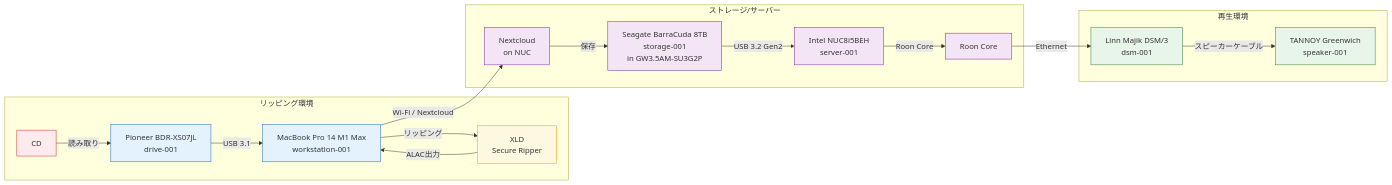
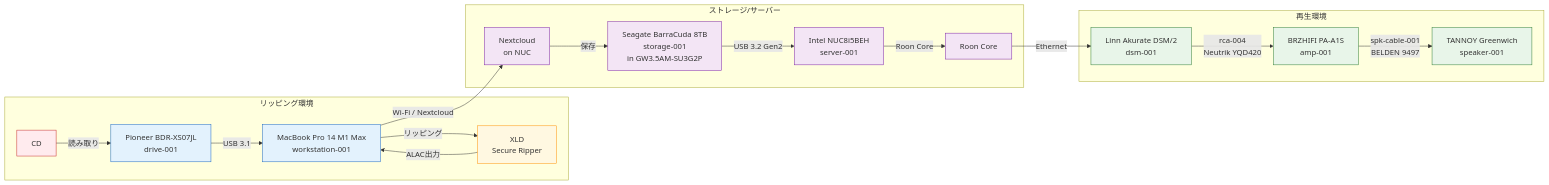
One commit to tamatebox/audio-infra changed the diagram in topology/ripping_workflow.mmd. Above: the diagram before and after it, drawn with Mermaid. The commit also changed 1 other file, not shown here.

```diff
--- a/topology/ripping_workflow.mmd
+++ b/topology/ripping_workflow.mmd
@@ -1,68 +1,71 @@
 %% CD Ripping Workflow
 %% CDリッピングから再生までのデータフロー
 
 graph LR
     %% ========== 入力 ==========
     CD[CD]
 
     %% ========== リッピング機器 ==========
     BDR[Pioneer BDR-XS07JL<br/>drive-001]
     MBP[MacBook Pro 14 M1 Max<br/>workstation-001]
 
     %% ========== ソフトウェア ==========
     XLD[XLD<br/>Secure Ripper]
 
     %% ========== ストレージ ==========
     NEXTCLOUD[Nextcloud<br/>on NUC]
     HDD[Seagate BarraCuda 8TB<br/>storage-001<br/>in GW3.5AM-SU3G2P]
     NUC[Intel NUC8i5BEH<br/>server-001]
 
     %% ========== 再生系 ==========
     ROON[Roon Core]
-    DSM[Linn Majik DSM/3<br/>dsm-001]
+    DSM[Linn Akurate DSM/2<br/>dsm-001]
+    AMP[BRZHIFI PA-A1S<br/>amp-001]
     SPEAKER[TANNOY Greenwich<br/>speaker-001]
 
     %% ========== データフロー ==========
     CD -->|読み取り| BDR
     BDR -->|USB 3.1| MBP
     MBP -->|リッピング| XLD
     XLD -->|ALAC出力| MBP
     MBP -->|Wi-Fi / Nextcloud| NEXTCLOUD
     NEXTCLOUD -->|保存| HDD
     HDD -->|USB 3.2 Gen2| NUC
     NUC -->|Roon Core| ROON
     ROON -->|Ethernet| DSM
-    DSM -->|スピーカーケーブル| SPEAKER
+    DSM -->|rca-004<br/>Neutrik YQD420| AMP
+    AMP -->|spk-cable-001<br/>BELDEN 9497| SPEAKER
 
     %% ========== サブグラフ ==========
     subgraph リッピング環境
         CD
         BDR
         MBP
         XLD
     end
 
     subgraph ストレージ/サーバー
         NEXTCLOUD
         HDD
         NUC
         ROON
     end
 
     subgraph 再生環境
         DSM
+        AMP
         SPEAKER
     end
 
     %% ========== スタイリング ==========
     classDef input fill:#ffebee,stroke:#c62828
     classDef ripping fill:#e3f2fd,stroke:#1565c0
     classDef storage fill:#f3e5f5,stroke:#7b1fa2
     classDef playback fill:#e8f5e9,stroke:#2e7d32
     classDef software fill:#fff8e1,stroke:#ff8f00
 
     class CD input
     class BDR,MBP ripping
     class XLD software
     class NEXTCLOUD,HDD,NUC,ROON storage
-    class DSM,SPEAKER playback
+    class DSM,AMP,SPEAKER playback
```
